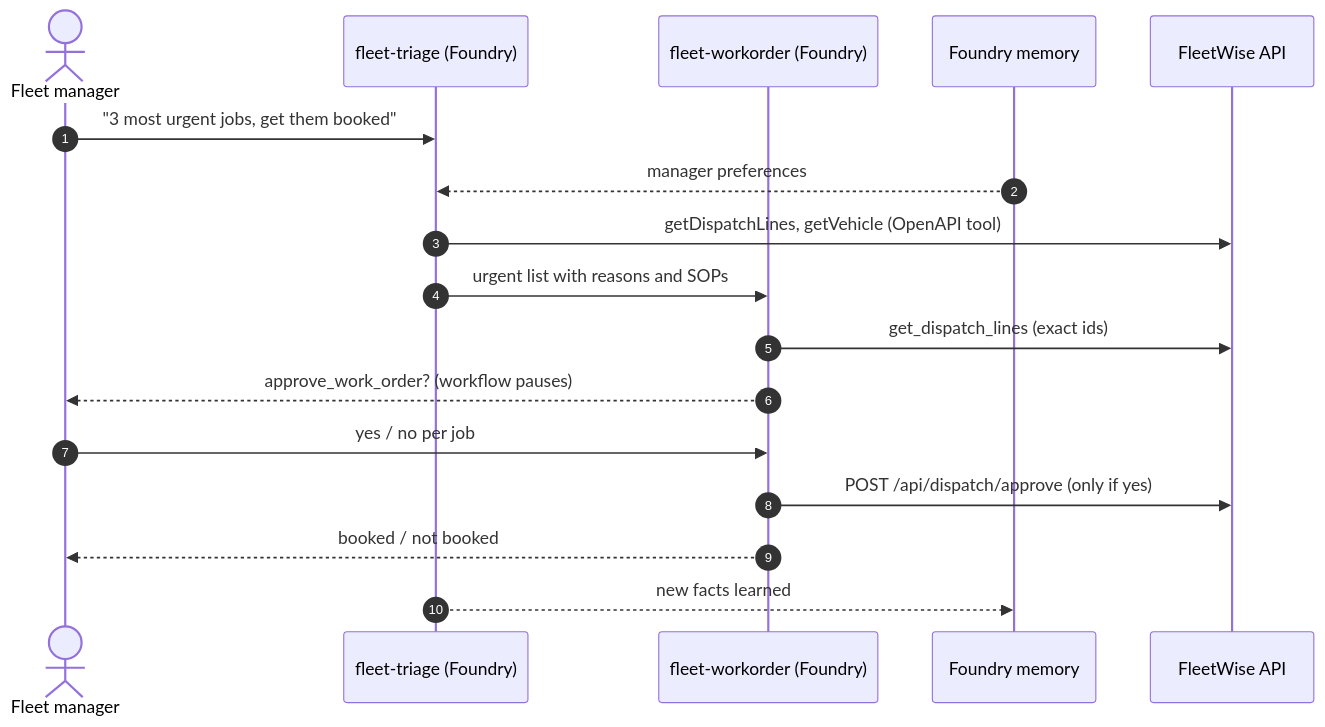
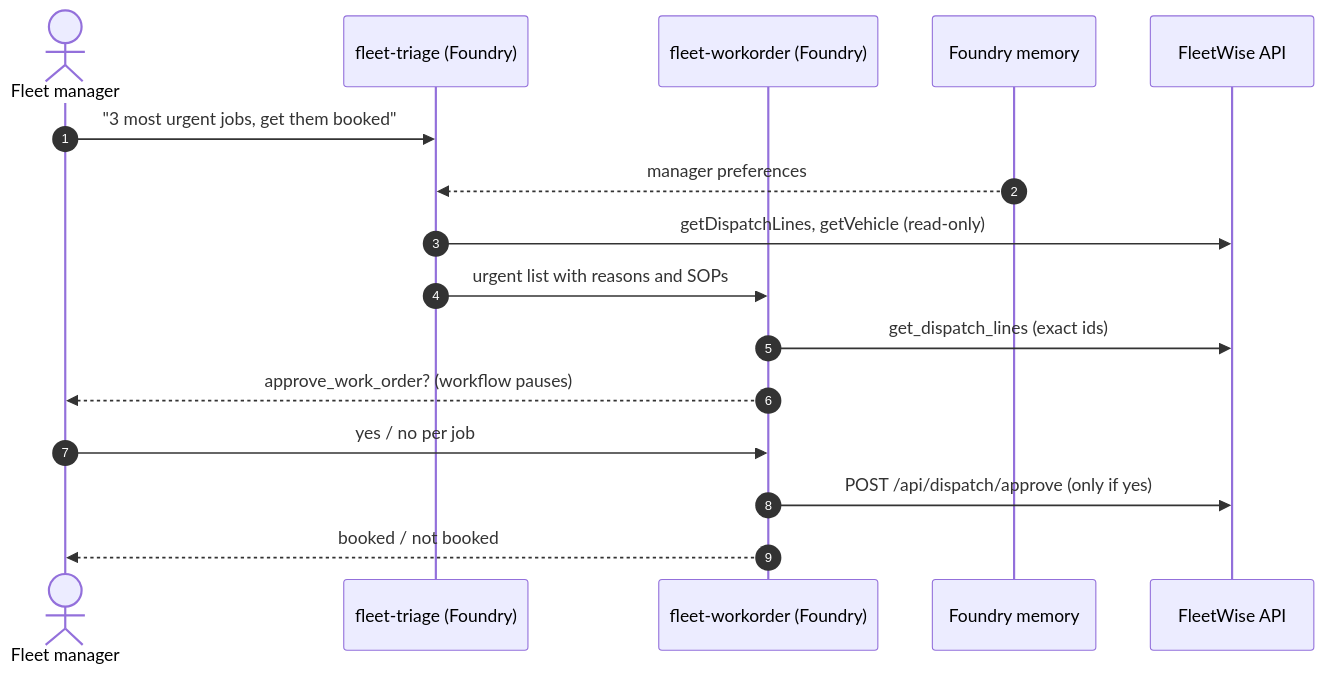
The third of 5 diagrams in README.md (hkaanturgut/foundry-fleetwise-agents), drawn with Mermaid before and after one commit. The commit also changed other lines of this file and 8 other files, not shown here.

````diff
--- a/README.md
+++ b/README.md
@@ -70,19 +392,18 @@
 ```mermaid
 sequenceDiagram
     autonumber
     actor Mgr as Fleet manager
     participant Tri as fleet-triage (Foundry)
     participant WO as fleet-workorder (Foundry)
     participant Mem as Foundry memory
     participant API as FleetWise API
     Mgr->>Tri: "3 most urgent jobs, get them booked"
     Mem-->>Tri: manager preferences
-    Tri->>API: getDispatchLines, getVehicle (OpenAPI tool)
+    Tri->>API: getDispatchLines, getVehicle (read-only)
     Tri->>WO: urgent list with reasons and SOPs
     WO->>API: get_dispatch_lines (exact ids)
     WO-->>Mgr: approve_work_order? (workflow pauses)
     Mgr->>WO: yes / no per job
     WO->>API: POST /api/dispatch/approve (only if yes)
     WO-->>Mgr: booked / not booked
-    Tri-->>Mem: new facts learned
 ```
````
